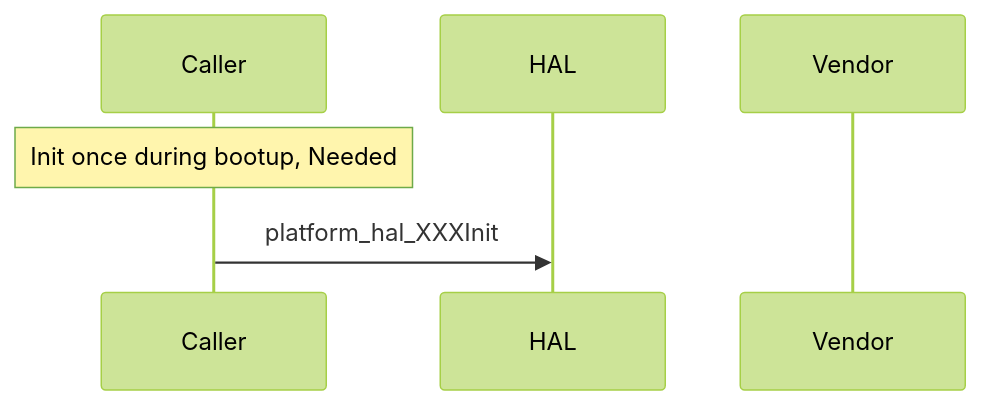
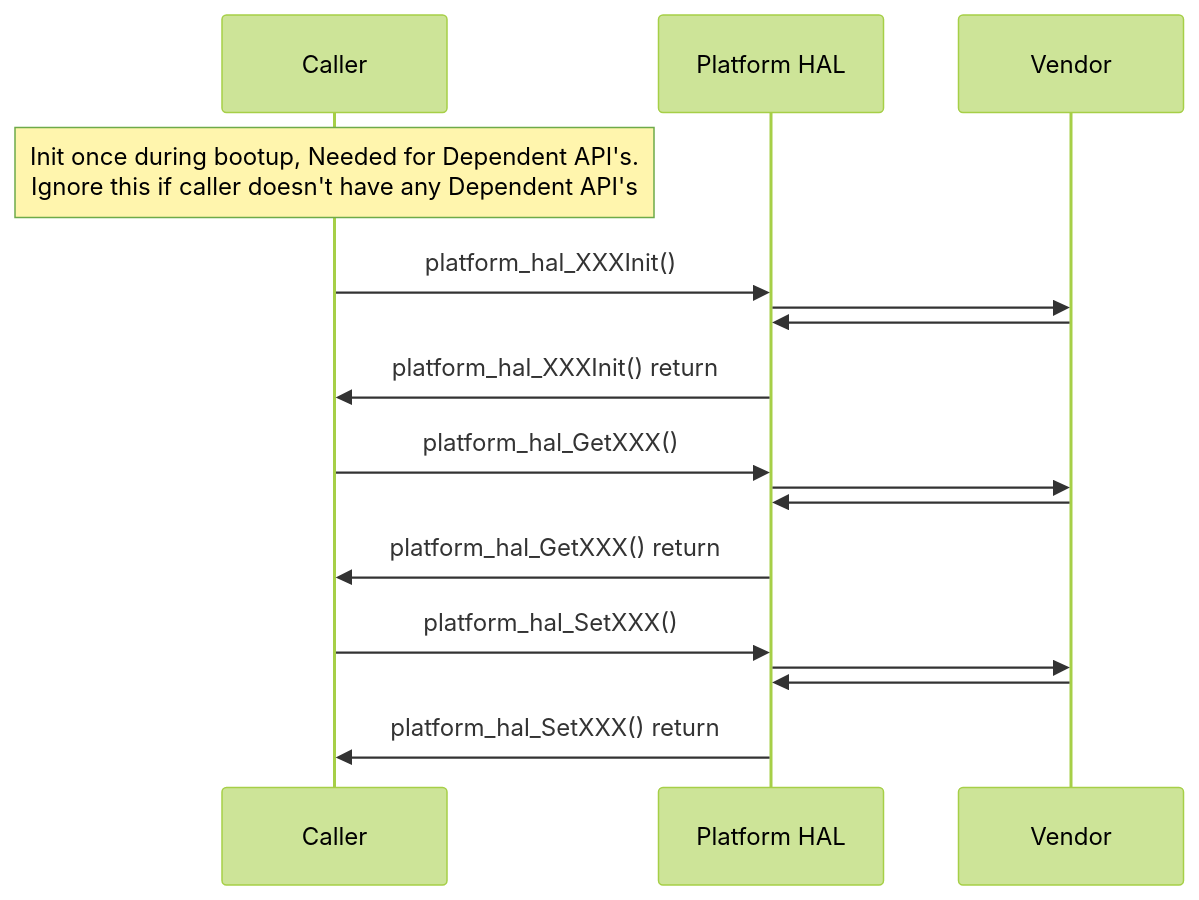
The diagram in docs/pages/PlatformhalSpec.md (rdkcentral/rdkb-halif-platform), drawn with Mermaid (forest theme) before and after one commit. The commit also changed other lines of this file and 1 other file, not shown here.

Commit message:
updating sequence diagram and other comments

````diff
--- a/docs/pages/PlatformhalSpec.md
+++ b/docs/pages/PlatformhalSpec.md
@@ -133,8 +131,21 @@
 ```mermaid
 sequenceDiagram
 participant Caller
-participant HAL
+participant Platform HAL
 participant Vendor
-Note over Caller: Init once during bootup, Needed 
-Caller->>HAL: platform_hal_XXXInit
+Note over Caller: Init once during bootup, Needed for Dependent API's. <br> Ignore this if caller doesn't have any Dependent API's
+Caller->>Platform HAL: platform_hal_XXXInit()
+Platform HAL->>Vendor: 
+Vendor ->>Platform HAL: 
+Platform HAL->>Caller: platform_hal_XXXInit() return
+
+Caller->>Platform HAL: platform_hal_GetXXX()
+Platform HAL->>Vendor: 
+Vendor ->>Platform HAL: 
+Platform HAL->>Caller: platform_hal_GetXXX() return
+
+Caller->>Platform HAL: platform_hal_SetXXX()
+Platform HAL->>Vendor: 
+Vendor ->>Platform HAL: 
+Platform HAL->>Caller: platform_hal_SetXXX() return
 ```
````
